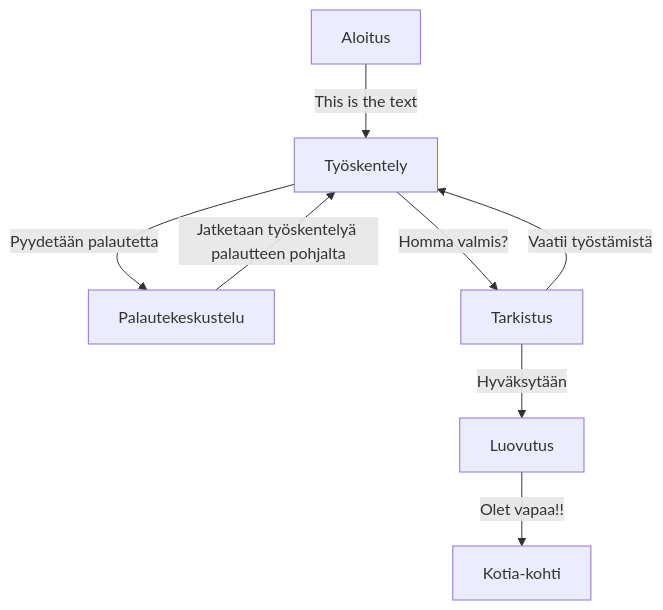
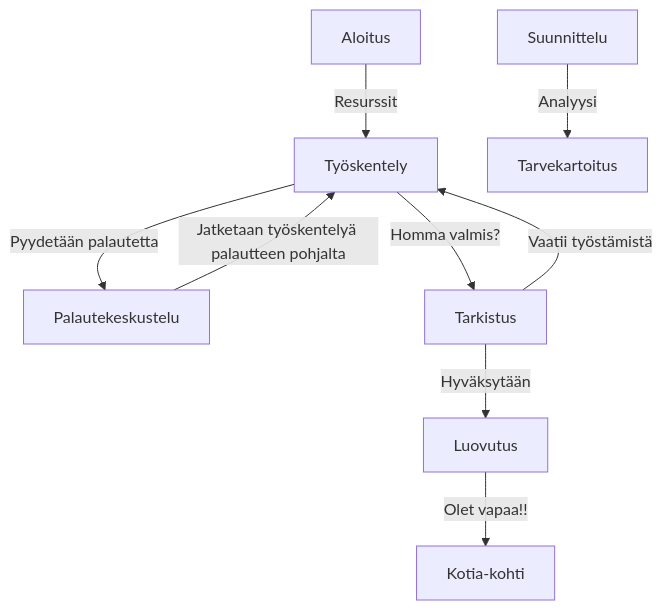
Before and after one commit to Betaoptics/ttos0100---2019-implementation: the diagram in dokumentit/02-vaatimusmaarittely/pohjat/pohja-tilakone.md, drawn with Mermaid.

````diff
--- a/dokumentit/02-vaatimusmaarittely/pohjat/pohja-tilakone.md
+++ b/dokumentit/02-vaatimusmaarittely/pohjat/pohja-tilakone.md
@@ -5,11 +5,12 @@
 ```mermaid
 graph TD
-    Aloitus-->|This is the text|Työskentely
+    Aloitus-->|Resurssit|Työskentely
+    Suunnittelu-->|Analyysi|Tarvekartoitus
     Työskentely-->|Pyydetään palautetta|Palautekeskustelu
     Palautekeskustelu-->|Jatketaan työskentelyä palautteen pohjalta|Työskentely
     Työskentely-->|Homma valmis?|Tarkistus
     Tarkistus-->|Hyväksytään|Luovutus
     Luovutus-->|Olet vapaa!!|Kotia-kohti
     Tarkistus-->|Vaatii työstämistä|Työskentely
 
 ```
````
